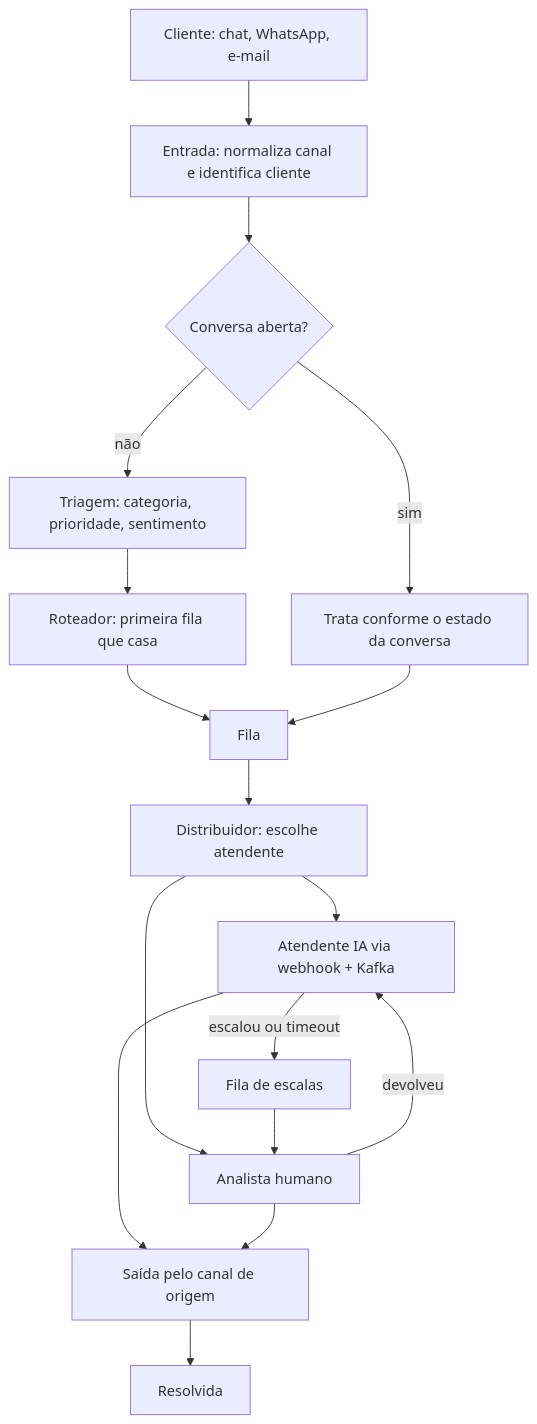
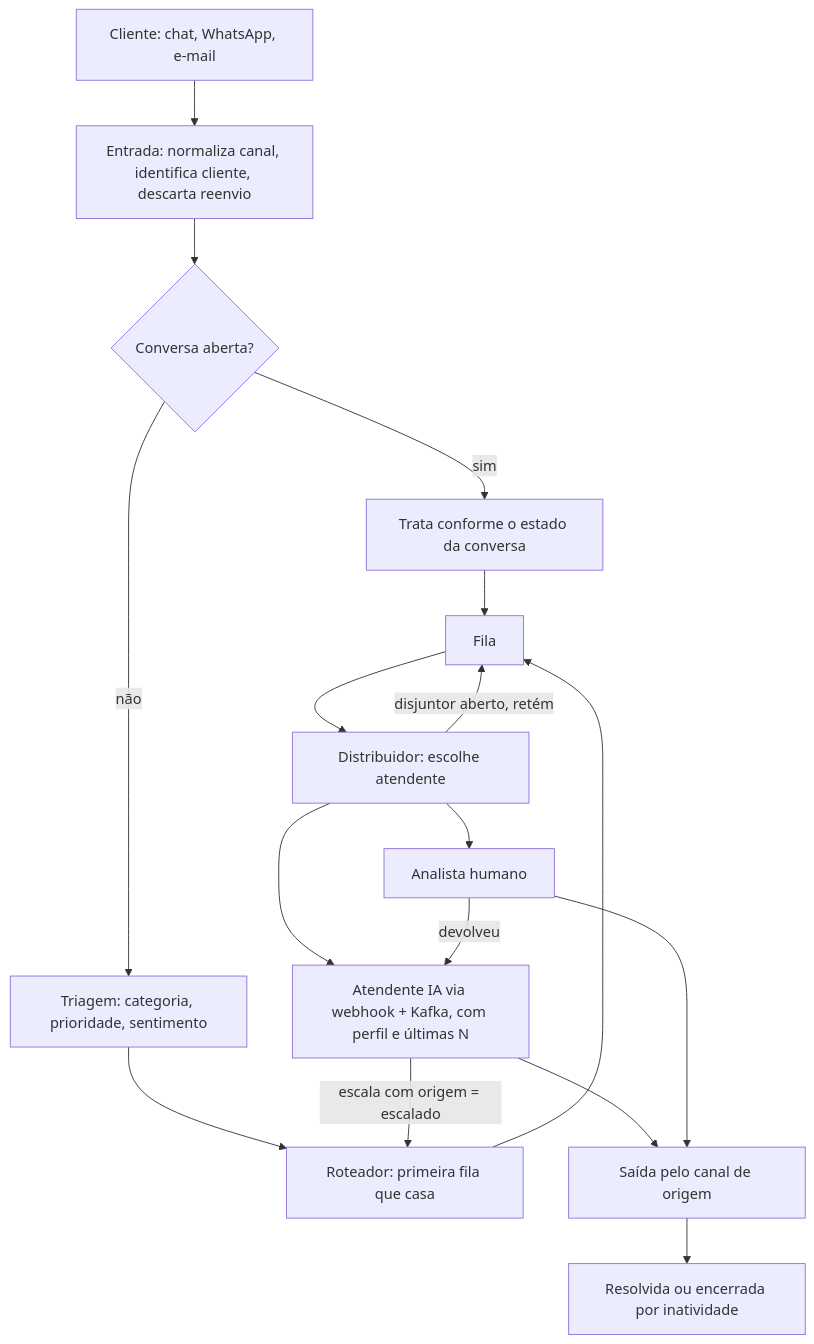
The first of 5 diagrams in docs/arquitetura.md (igor-rodriguess/Case_CloudWalk), drawn with Mermaid before and after one commit. The commit also changed other lines of this file and 12 other files, not shown here.

````diff
--- a/docs/arquitetura.md
+++ b/docs/arquitetura.md
@@ -94,19 +98,19 @@
 ```mermaid
 flowchart TD
-    C[Cliente: chat, WhatsApp, e-mail] --> E[Entrada: normaliza canal e identifica cliente]
+    C[Cliente: chat, WhatsApp, e-mail] --> E[Entrada: normaliza canal, identifica cliente, descarta reenvio]
     E --> Q{Conversa aberta?}
     Q -- sim --> S[Trata conforme o estado da conversa]
     Q -- não --> T[Triagem: categoria, prioridade, sentimento]
     T --> R[Roteador: primeira fila que casa]
     R --> F[Fila]
     F --> D[Distribuidor: escolhe atendente]
-    D --> IA[Atendente IA via webhook + Kafka]
+    D -- disjuntor aberto, retém --> F
+    D --> IA[Atendente IA via webhook + Kafka, com perfil e últimas N]
     D --> H[Analista humano]
-    IA -- escalou ou timeout --> FE[Fila de escalas]
-    FE --> H
+    IA -- escala com origem = escalado --> R
     H -- devolveu --> IA
     IA --> O[Saída pelo canal de origem]
     H --> O
     S --> F
-    O --> Z[Resolvida]
+    O --> Z[Resolvida ou encerrada por inatividade]
 ```
````
